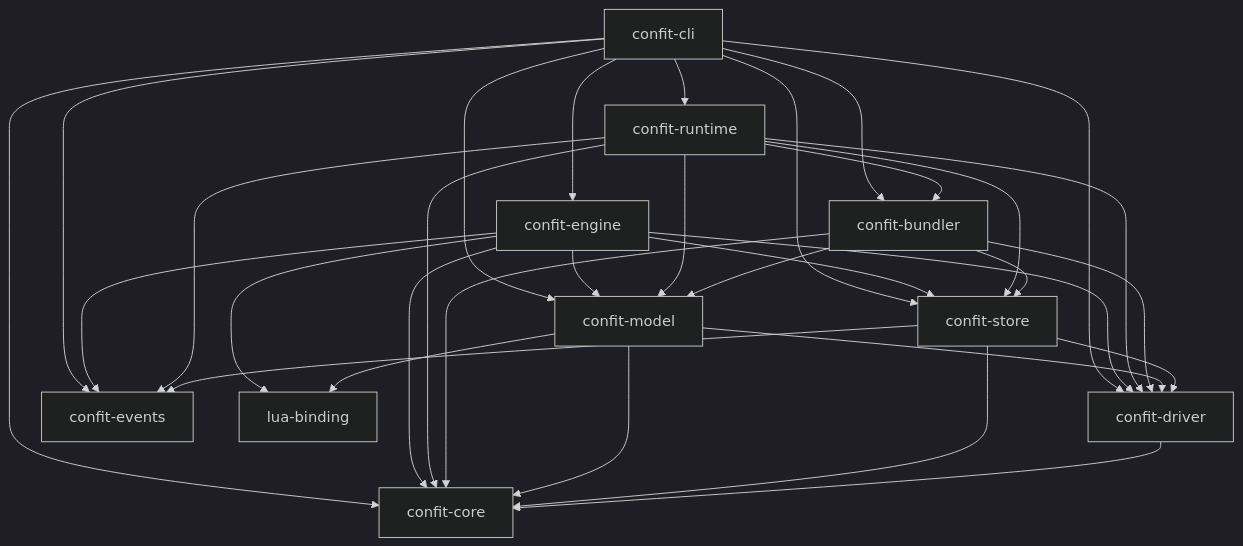
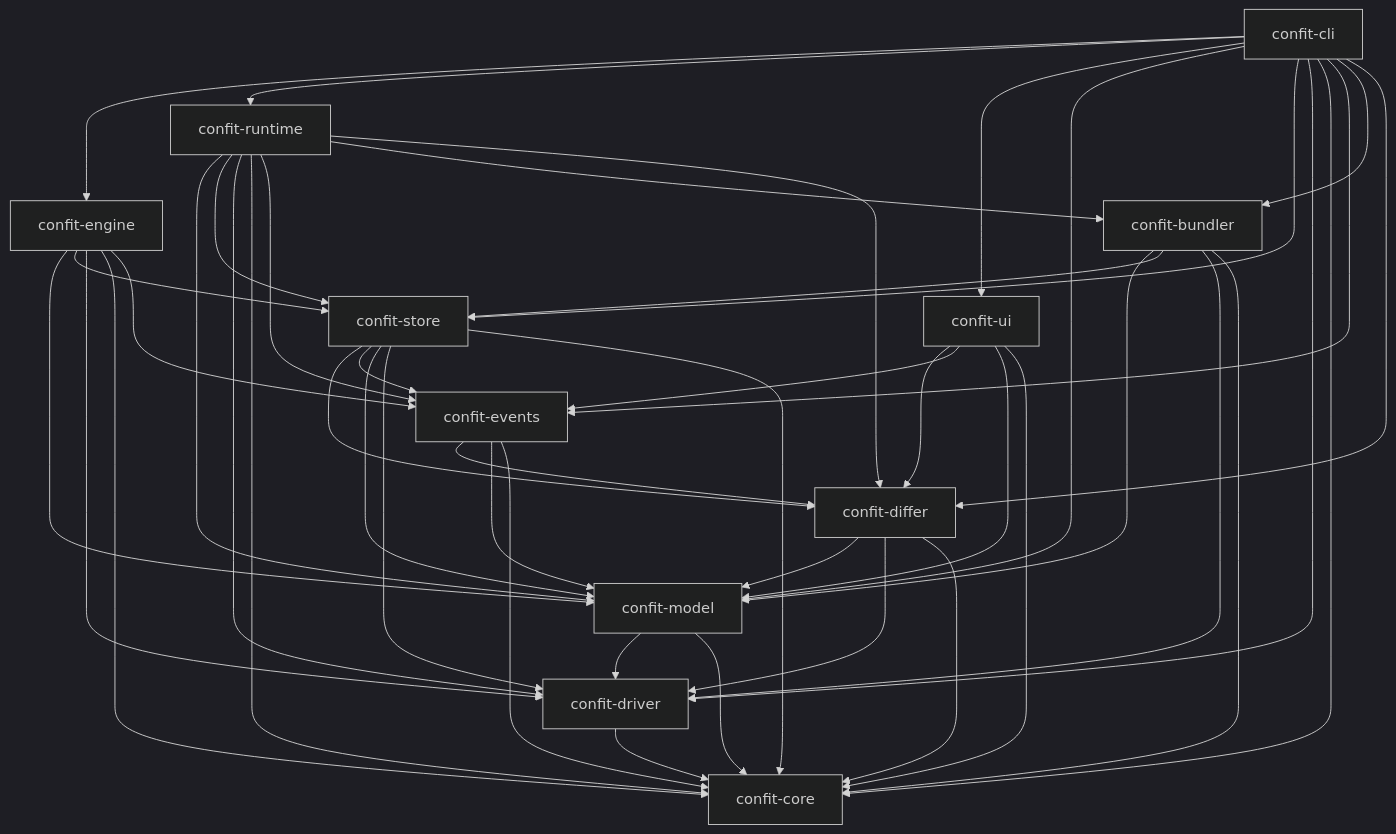
The second of 2 diagrams in docs/architecture.md (SolracHQ/confit), drawn with Mermaid (dark theme) before and after one commit. The commit also changed other lines of this file and 121 other files, not shown here.

````diff
--- a/docs/architecture.md
+++ b/docs/architecture.md
@@ -137,34 +221,47 @@
 ```mermaid
 graph TD
     cli["confit-cli"] --> engine["confit-engine"]
     cli --> runtime["confit-runtime"]
+    cli --> ui["confit-ui"]
     cli --> model["confit-model"]
     cli --> store["confit-store"]
     cli --> driver["confit-driver"]
     cli --> core["confit-core"]
     cli --> events["confit-events"]
     cli --> bundler["confit-bundler"]
+    cli --> differ["confit-differ"]
     engine --> model
     engine --> store
     engine --> driver
     engine --> core
     engine --> events
-    engine --> binding["lua-binding"]
     runtime --> model
     runtime --> store
     runtime --> driver
     runtime --> core
     runtime --> events
-    runtime --> bundler["confit-bundler"]
+    runtime --> bundler
+    runtime --> differ
+    ui --> differ
+    ui --> events
+    ui --> model
+    ui --> core
+    store --> differ
+    store --> events
+    store --> model
+    store --> driver
+    store --> core
     bundler --> model
     bundler --> store
     bundler --> driver
     bundler --> core
+    differ --> model
+    differ --> driver
+    differ --> core
+    events --> differ
+    events --> model
+    events --> core
     model --> driver
     model --> core
-    model --> binding
-    store --> events
-    store --> driver
-    store --> core
     driver --> core
 ```
````
